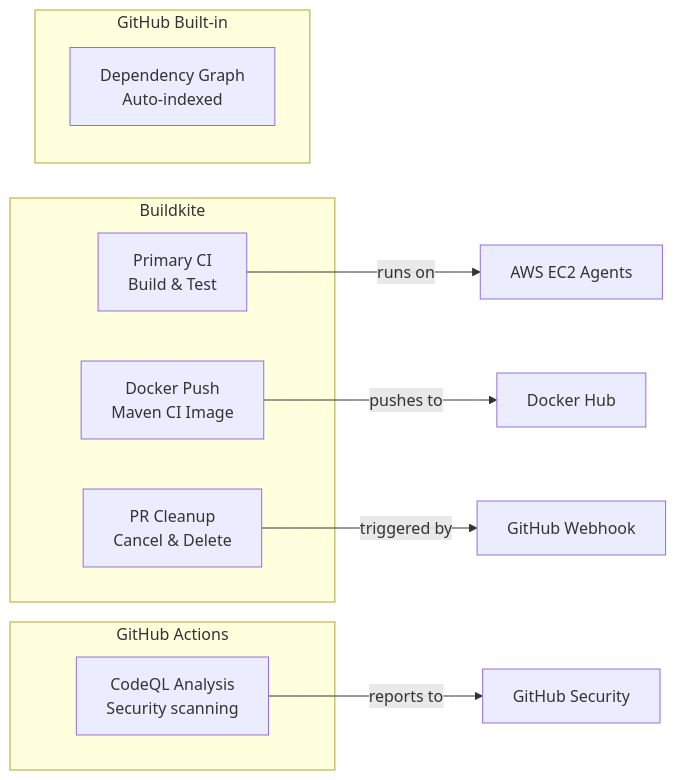
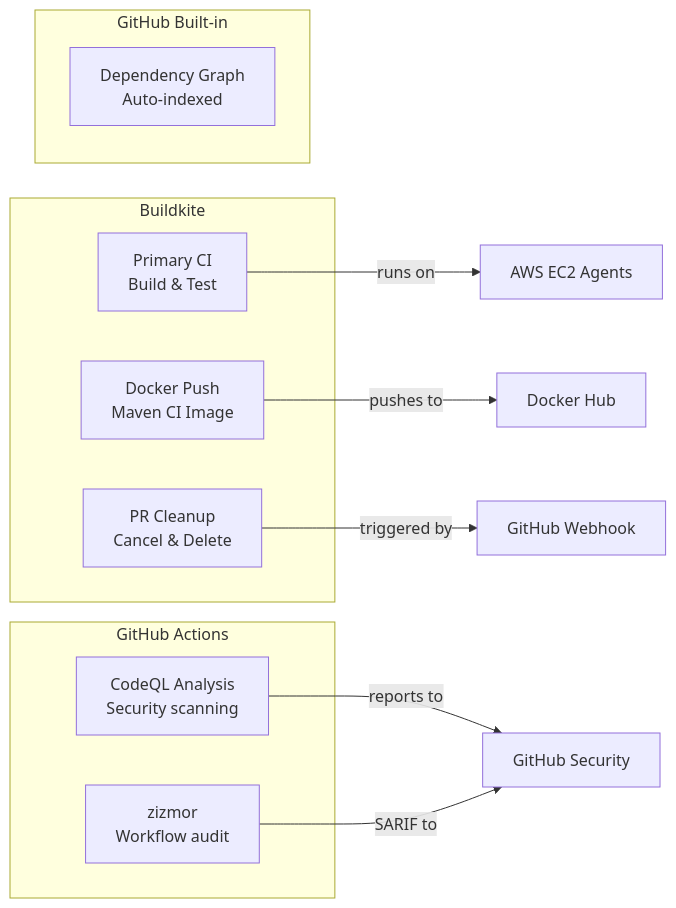
Before and after one commit to mock-server/mockserver: the first of 13 diagrams in docs/infrastructure/ci-cd.md, drawn with Mermaid. The commit also changed other lines of this file and 8 other files, not shown here.

````diff
--- a/docs/infrastructure/ci-cd.md
+++ b/docs/infrastructure/ci-cd.md
@@ -7,26 +7,29 @@
 ```mermaid
 graph LR
     subgraph "Buildkite"
         BK["Primary CI
 Build & Test"]
         BK_MAVEN["Docker Push
 Maven CI Image"]
         BK_CLEANUP["PR Cleanup
 Cancel & Delete"]
     end
 
     subgraph "GitHub Actions"
         GA_CODEQL["CodeQL Analysis
 Security scanning"]
+        GA_ZIZMOR["zizmor
+Workflow audit"]
     end
 
     subgraph "GitHub Built-in"
         GH_DEP["Dependency Graph
 Auto-indexed"]
     end
 
     BK -->|runs on| EC2[AWS EC2 Agents]
     BK_MAVEN -->|pushes to| DH[Docker Hub]
     BK_CLEANUP -->|triggered by| GH_WH[GitHub Webhook]
     GA_CODEQL -->|reports to| GH_SEC[GitHub Security]
+    GA_ZIZMOR -->|SARIF to| GH_SEC
 ```
````
